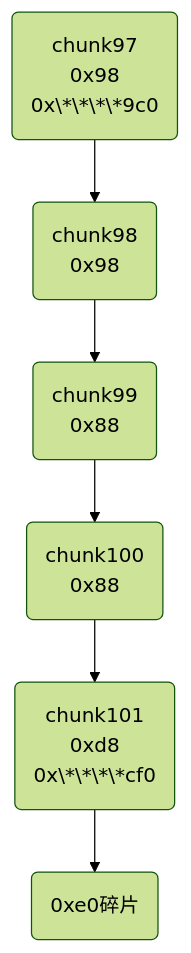
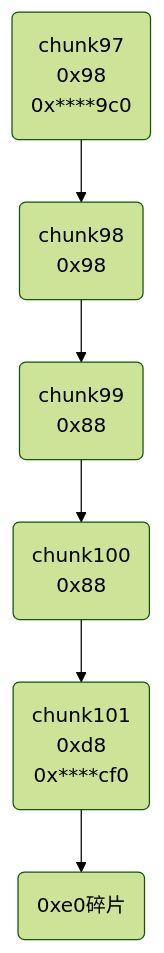
The second of 4 diagrams in docs/2026/20364.md (OpenDocCN1/kssd), drawn with Mermaid (forest theme) before and after one commit. The commit also changed other lines of this file and 41765 other files, not shown here.

````diff
--- a/docs/2026/20364.md
+++ b/docs/2026/20364.md
@@ -283,4 +375,4 @@
 ```mermaid
 graph TD;
-0(chunk97<br>0x98<br>0x\*\*\*\*9c0)-->1(chunk98<br>0x98)-->2(chunk99<br>0x88)-->3(chunk100<br>0x88)-->4(chunk101<br>0xd8<br>0x\*\*\*\*cf0)-->5(0xe0碎片)
+0(chunk97<br>0x98<br>0x****9c0)-->1(chunk98<br>0x98)-->2(chunk99<br>0x88)-->3(chunk100<br>0x88)-->4(chunk101<br>0xd8<br>0x****cf0)-->5(0xe0碎片)
 ```
````
